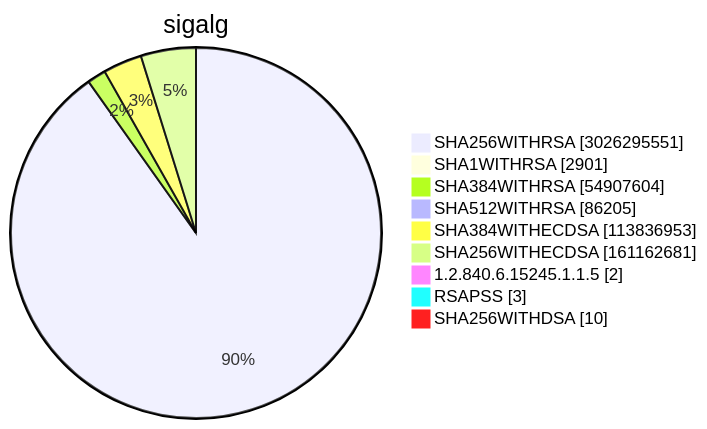
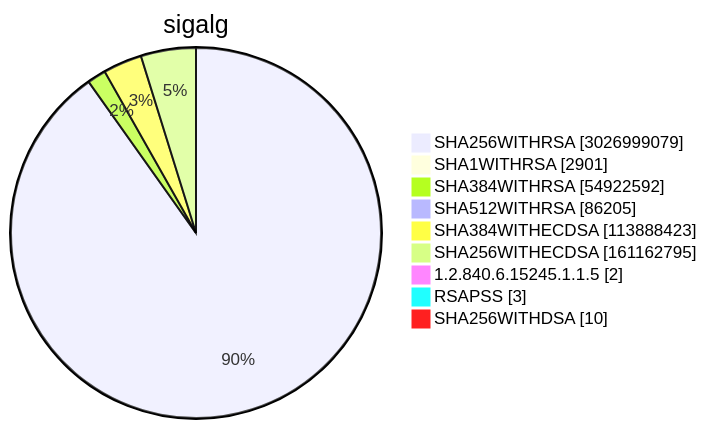
Diagram 15 of 15 in TOTAL/README.md (christiankrug/ctmonitor_visualization), drawn with Mermaid before and after one commit. The commit also changed other lines of this file, not shown here.

````diff
--- a/TOTAL/README.md
+++ b/TOTAL/README.md
@@ -6208,13 +6208,13 @@
 ```mermaid
 pie showData
 title sigalg
-"SHA256WITHRSA" :3026295551
+"SHA256WITHRSA" :3026999079
 "SHA1WITHRSA" :2901
-"SHA384WITHRSA" :54907604
+"SHA384WITHRSA" :54922592
 "SHA512WITHRSA" :86205
-"SHA384WITHECDSA" :113836953
-"SHA256WITHECDSA" :161162681
+"SHA384WITHECDSA" :113888423
+"SHA256WITHECDSA" :161162795
 "1.2.840.6.15245.1.1.5" :2
 "RSAPSS" :3
 "SHA256WITHDSA" :10
 ```
````
